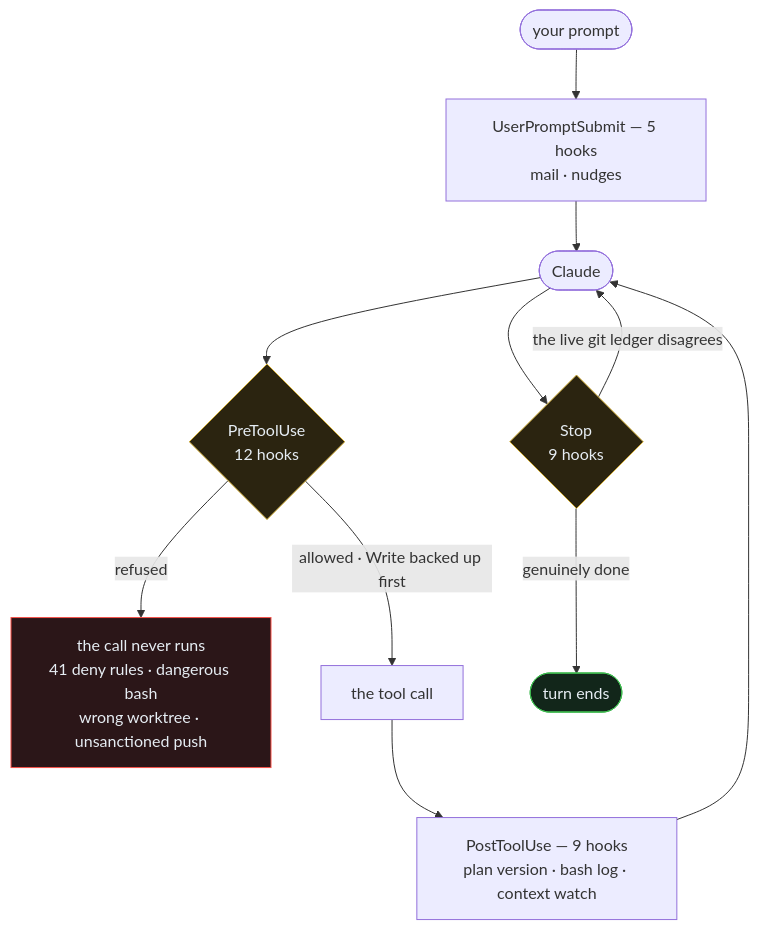
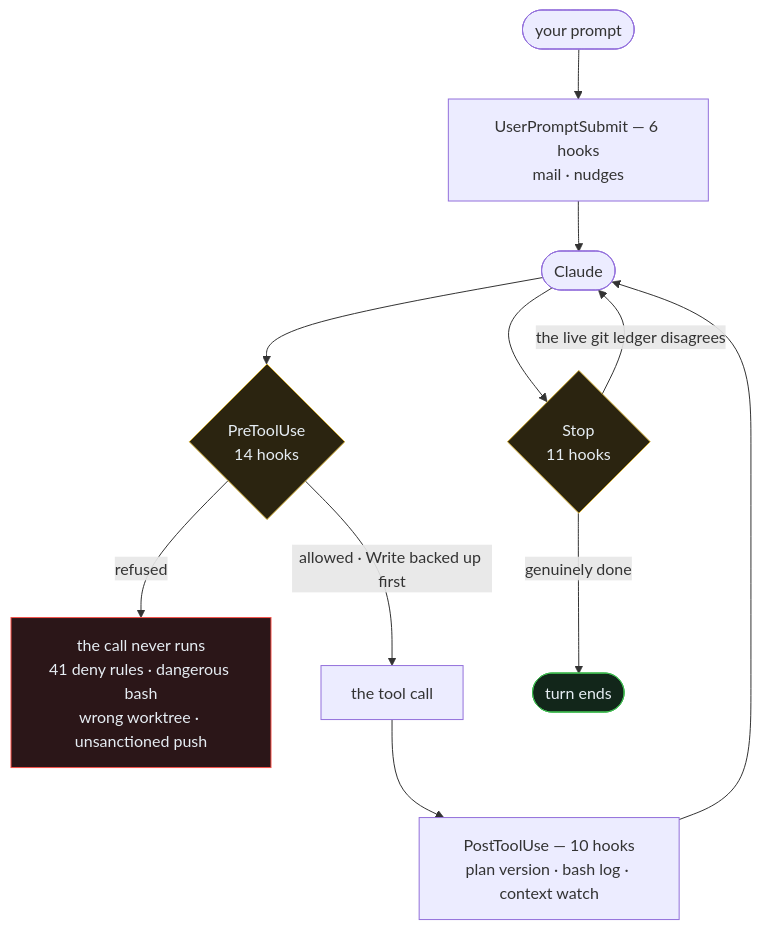
One commit to renchris/claude-infrastructure changed the third of 5 diagrams in README.md. Above: the diagram before and after it, drawn with Mermaid. The commit also changed other lines of this file and 6 other files, not shown here.

First line of the commit message:
docs(readme): the badges, the diagrams and the hook roster were all describing an older system

````diff
--- a/README.md
+++ b/README.md
@@ -203,19 +203,19 @@
 ```mermaid
 flowchart TB
-    P(["your prompt"]) --> UPS["UserPromptSubmit — 5 hooks<br/>mail · nudges"]
+    P(["your prompt"]) --> UPS["UserPromptSubmit — 6 hooks<br/>mail · nudges"]
     UPS --> M(["Claude"])
-    M --> Pre{"PreToolUse<br/>12 hooks"}
+    M --> Pre{"PreToolUse<br/>14 hooks"}
     Pre -->|"refused"| No["the call never runs<br/>41 deny rules · dangerous bash<br/>wrong worktree · unsanctioned push"]
     Pre -->|"allowed · Write backed up first"| Tool["the tool call"]
-    Tool --> Post["PostToolUse — 9 hooks<br/>plan version · bash log · context watch"]
+    Tool --> Post["PostToolUse — 10 hooks<br/>plan version · bash log · context watch"]
     Post --> M
-    M --> Stop{"Stop<br/>9 hooks"}
+    M --> Stop{"Stop<br/>11 hooks"}
     Stop -->|"the live git ledger disagrees"| M
     Stop -->|"genuinely done"| End(["turn ends"])
     classDef gate fill:#2b2410,stroke:#d4af37,color:#e6edf3
     classDef no fill:#2b1618,stroke:#f85149,color:#e6edf3
     classDef ok fill:#12261a,stroke:#3fb950,color:#e6edf3
     class Pre,Stop gate
     class No no
     class End ok
 ```
````
